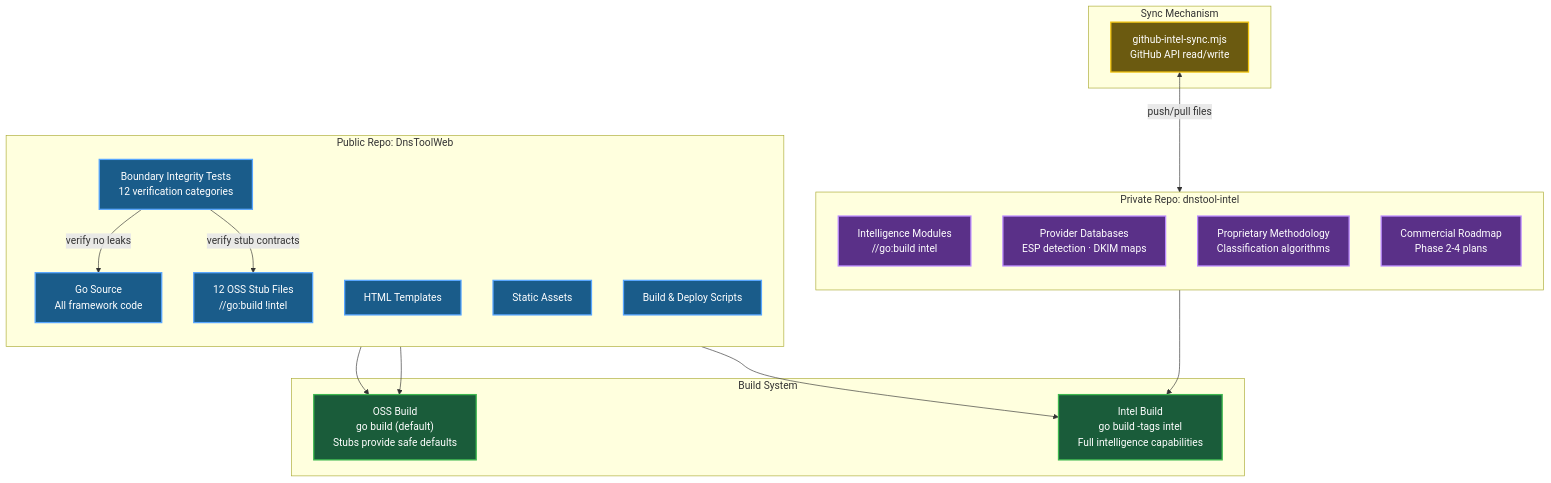
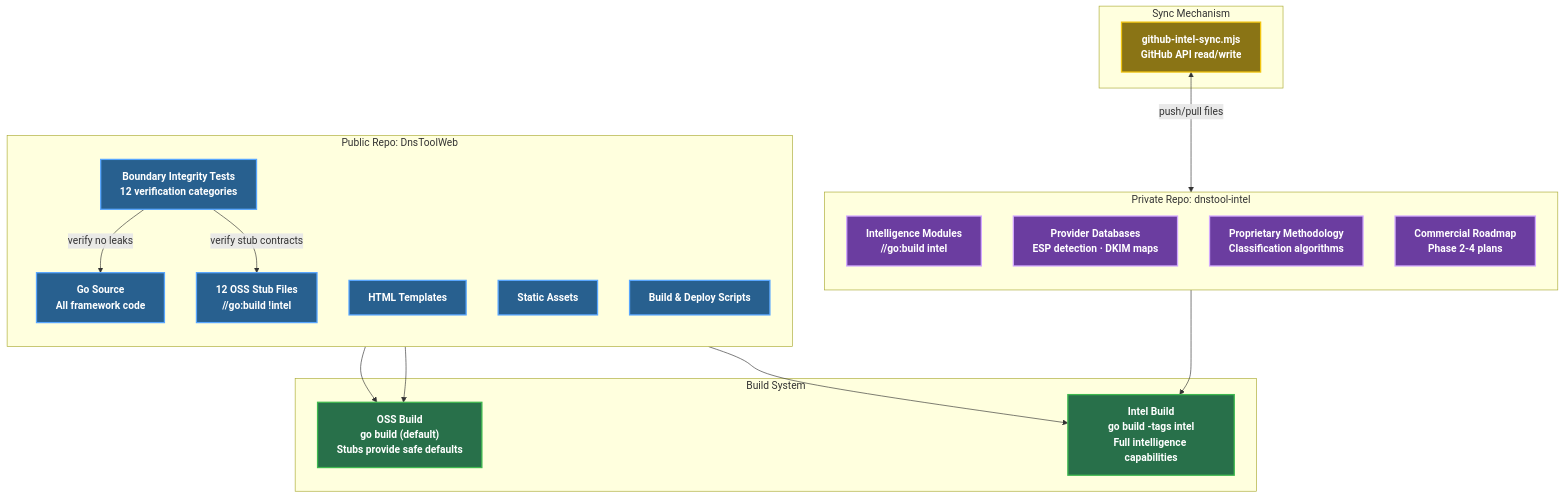
Before and after one commit to careyjames/DnsToolWeb: the fourth of 7 diagrams in docs/architecture/SYSTEM_ARCHITECTURE.md, drawn with Mermaid. The commit also changed other lines of this file and 8 other files, not shown here.

First line of the commit message:
Improve visualization of system architecture diagrams with brighter, more vibrant colors

````diff
--- a/docs/architecture/SYSTEM_ARCHITECTURE.md
+++ b/docs/architecture/SYSTEM_ARCHITECTURE.md
@@ -201,47 +201,47 @@
 ```mermaid
 graph TB
     subgraph "Public Repo: DnsToolWeb"
         direction TB
         PublicGo["Go Source<br/>All framework code"]
         Stubs["12 OSS Stub Files<br/>//go:build !intel"]
         Templates2["HTML Templates"]
         Static["Static Assets"]
         Tests["Boundary Integrity Tests<br/>12 verification categories"]
         Scripts["Build & Deploy Scripts"]
     end
 
     subgraph "Private Repo: dnstool-intel"
         direction TB
         Intel["Intelligence Modules<br/>//go:build intel"]
         ProviderDB["Provider Databases<br/>ESP detection · DKIM maps"]
         Methodology["Proprietary Methodology<br/>Classification algorithms"]
         Commercial["Commercial Roadmap<br/>Phase 2-4 plans"]
     end
 
     subgraph "Build System"
         BuildOSS["OSS Build<br/>go build (default)<br/>Stubs provide safe defaults"]
         BuildIntel["Intel Build<br/>go build -tags intel<br/>Full intelligence capabilities"]
     end
 
     subgraph "Sync Mechanism"
         Sync["github-intel-sync.mjs<br/>GitHub API read/write"]
     end
 
     PublicGo --> BuildOSS
     Stubs --> BuildOSS
     PublicGo --> BuildIntel
     Intel --> BuildIntel
     Sync <-->|"push/pull files"| Intel
     Tests -->|"verify no leaks"| PublicGo
     Tests -->|"verify stub contracts"| Stubs
 
-    classDef default fill:#1b2f45,stroke:#4a90d9,stroke-width:2px,color:#f0f6fc
-    classDef public fill:#1a5c8a,stroke:#58a6ff,stroke-width:2px,color:#fff
-    classDef private fill:#5a3088,stroke:#bc8cff,stroke-width:2px,color:#fff
-    classDef build fill:#1a5c3a,stroke:#3fb950,stroke-width:2px,color:#fff
-    classDef sync fill:#6b5a10,stroke:#f1c40f,stroke-width:2px,color:#fff
+    classDef default fill:#22476e,stroke:#5ba3e0,stroke-width:2px,color:#f0f6fc
+    classDef public fill:#28608f,stroke:#58a6ff,stroke-width:2px,color:#fff,font-weight:bold
+    classDef private fill:#6b3da0,stroke:#d2a8ff,stroke-width:2px,color:#fff,font-weight:bold
+    classDef build fill:#28704a,stroke:#3fb950,stroke-width:2px,color:#fff,font-weight:bold
+    classDef sync fill:#8a7415,stroke:#f1c40f,stroke-width:2px,color:#fff,font-weight:bold
     class PublicGo,Stubs,Templates2,Static,Tests,Scripts public
     class Intel,ProviderDB,Methodology,Commercial private
     class BuildOSS,BuildIntel build
     class Sync sync
 ```
````
